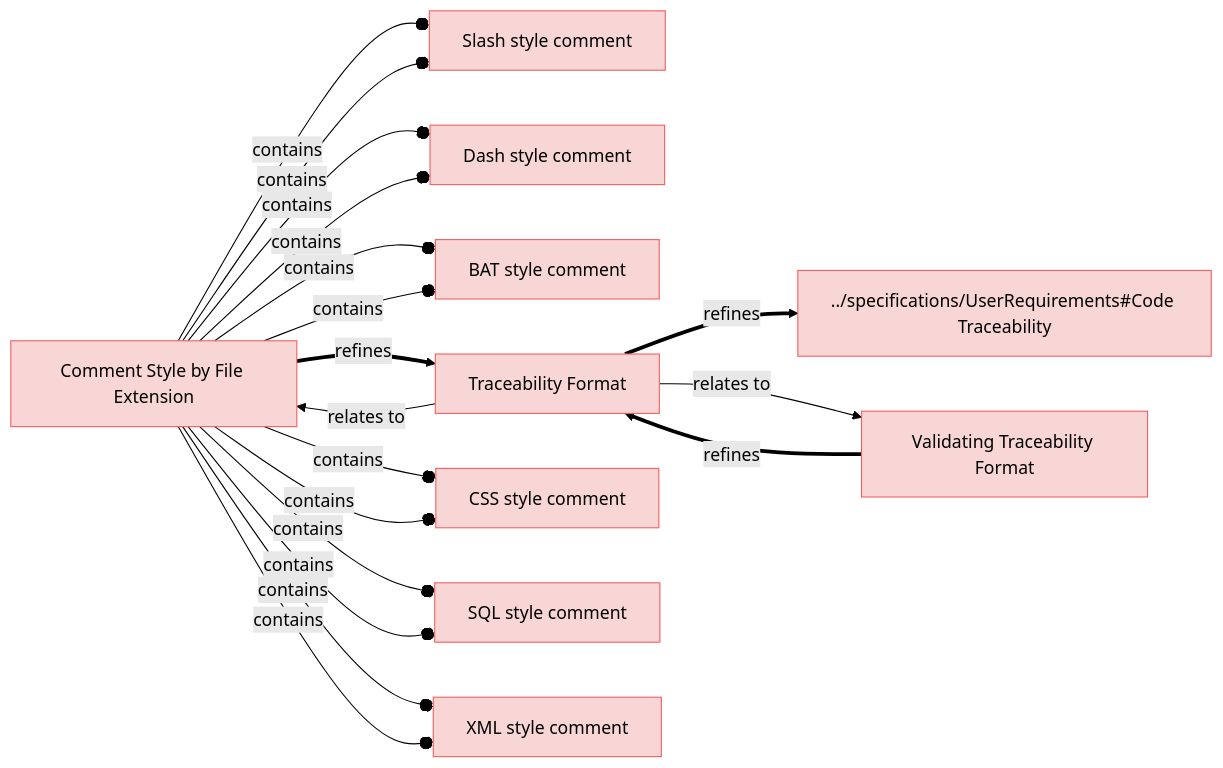
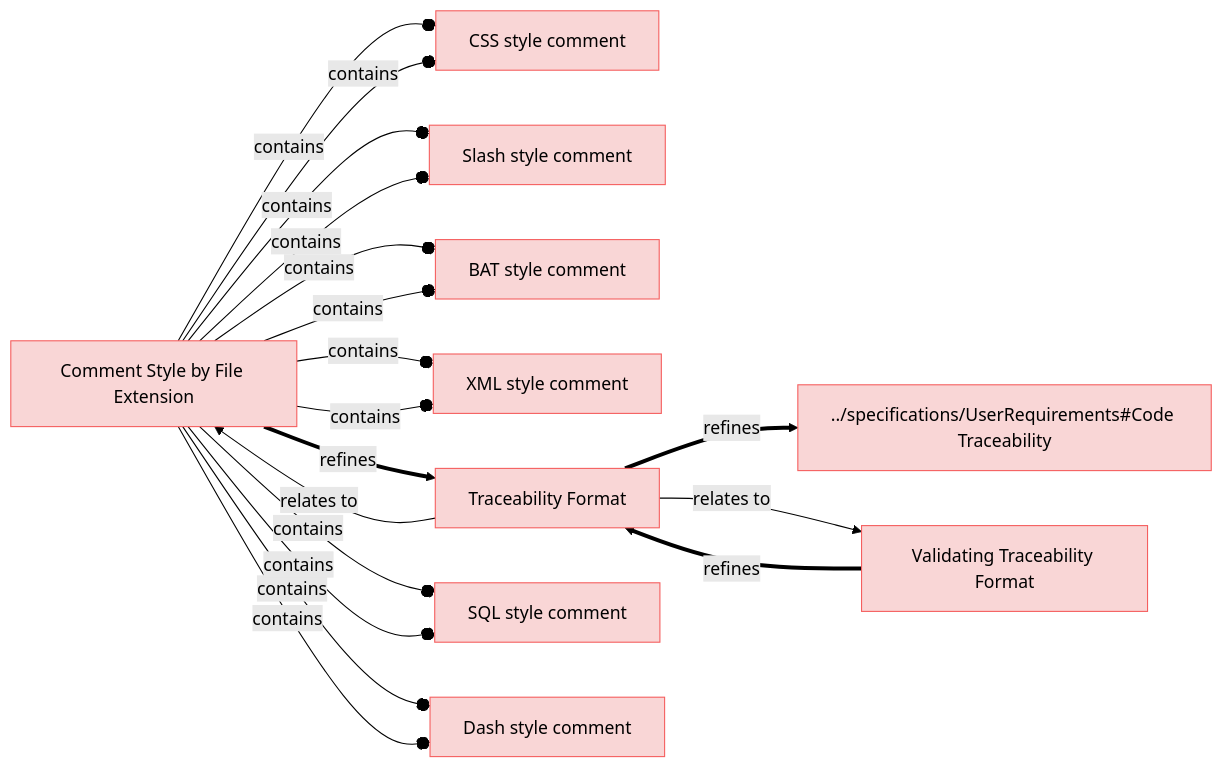
One commit to reqvire-org/reqvire changed the diagram in todo_specifications/CodeTraecabilityRequirements.md. Above: the diagram before and after it, drawn with Mermaid (forest theme). The commit also changed other lines of this file and 16 other files, not shown here.

````diff
--- a/todo_specifications/CodeTraecabilityRequirements.md
+++ b/todo_specifications/CodeTraecabilityRequirements.md
@@ -4,56 +4,56 @@
 ```mermaid
 graph LR;
   %% Graph styling
   classDef requirement fill:#f9d6d6,stroke:#f55f5f,stroke-width:1px;
   classDef verification fill:#d6f9d6,stroke:#5fd75f,stroke-width:1px;
   classDef externalLink fill:#d0e0ff,stroke:#3080ff,stroke-width:1px;
   classDef default fill:#f5f5f5,stroke:#333333,stroke-width:1px;
 
+  56c1e18c90["CSS style comment"];
+  click 56c1e18c90 "CodeTraecabilityRequirements.md#css-style-comment";
+  class 56c1e18c90 requirement;
+  9b11c134e5["Comment Style by File Extension"];
+  class 9b11c134e5 requirement;
+  click 9b11c134e5 "CodeTraecabilityRequirements.md#comment-style-by-file-extension";
+  9b11c134e5 --o|contains| 56c1e18c90;
   e74d8ff4f7["Slash style comment"];
   click e74d8ff4f7 "CodeTraecabilityRequirements.md#slash-style-comment";
   class e74d8ff4f7 requirement;
-  9b11c134e5["Comment Style by File Extension"];
-  class 9b11c134e5 requirement;
-  click 9b11c134e5 "CodeTraecabilityRequirements.md#comment-style-by-file-extension";
   9b11c134e5 --o|contains| e74d8ff4f7;
-  26b4eb60f9["Dash style comment"];
-  click 26b4eb60f9 "CodeTraecabilityRequirements.md#dash-style-comment";
-  class 26b4eb60f9 requirement;
-  9b11c134e5 --o|contains| 26b4eb60f9;
   e5b00bf82f["BAT style comment"];
   click e5b00bf82f "CodeTraecabilityRequirements.md#bat-style-comment";
   class e5b00bf82f requirement;
   9b11c134e5 --o|contains| e5b00bf82f;
+  a5580908b7["XML style comment"];
+  click a5580908b7 "CodeTraecabilityRequirements.md#xml-style-comment";
+  class a5580908b7 requirement;
+  9b11c134e5 --o|contains| a5580908b7;
   bb213f1c85["Traceability Format"];
+  class bb213f1c85 requirement;
   click bb213f1c85 "CodeTraecabilityRequirements.md#traceability-format";
-  class bb213f1c85 requirement;
+  9b11c134e5 ==>|refines| bb213f1c85;
+  9b11c134e5 --o|contains| 56c1e18c90;
+  9b11c134e5 --o|contains| e74d8ff4f7;
+  9b11c134e5 --o|contains| e5b00bf82f;
+  9b11c134e5 --o|contains| a5580908b7;
+  663b780162["SQL style comment"];
+  class 663b780162 requirement;
+  click 663b780162 "CodeTraecabilityRequirements.md#sql-style-comment";
+  9b11c134e5 --o|contains| 663b780162;
+  26b4eb60f9["Dash style comment"];
+  class 26b4eb60f9 requirement;
+  click 26b4eb60f9 "CodeTraecabilityRequirements.md#dash-style-comment";
+  9b11c134e5 --o|contains| 26b4eb60f9;
   1fc4e44d5f["../specifications/UserRequirements#Code Traceability"];
   class 1fc4e44d5f requirement;
   click 1fc4e44d5f "../specifications/UserRequirements.md#code-traceability";
   bb213f1c85 ==>|refines| 1fc4e44d5f;
   bb213f1c85 -->|relates to| 9b11c134e5;
   1e5a561e29["Validating Traceability Format"];
   class 1e5a561e29 requirement;
   click 1e5a561e29 "CodeTraecabilityRequirements.md#validating-traceability-format";
   bb213f1c85 -->|relates to| 1e5a561e29;
-  56c1e18c90["CSS style comment"];
-  click 56c1e18c90 "CodeTraecabilityRequirements.md#css-style-comment";
-  class 56c1e18c90 requirement;
-  9b11c134e5 --o|contains| 56c1e18c90;
-  9b11c134e5 ==>|refines| bb213f1c85;
-  9b11c134e5 --o|contains| e74d8ff4f7;
-  9b11c134e5 --o|contains| 26b4eb60f9;
-  9b11c134e5 --o|contains| e5b00bf82f;
-  9b11c134e5 --o|contains| 56c1e18c90;
-  663b780162["SQL style comment"];
-  class 663b780162 requirement;
-  click 663b780162 "CodeTraecabilityRequirements.md#sql-style-comment";
-  9b11c134e5 --o|contains| 663b780162;
-  a5580908b7["XML style comment"];
-  class a5580908b7 requirement;
-  click a5580908b7 "CodeTraecabilityRequirements.md#xml-style-comment";
-  9b11c134e5 --o|contains| a5580908b7;
   1e5a561e29 ==>|refines| bb213f1c85;
   9b11c134e5 --o|contains| 663b780162;
-  9b11c134e5 --o|contains| a5580908b7;
+  9b11c134e5 --o|contains| 26b4eb60f9;
 ```
````
